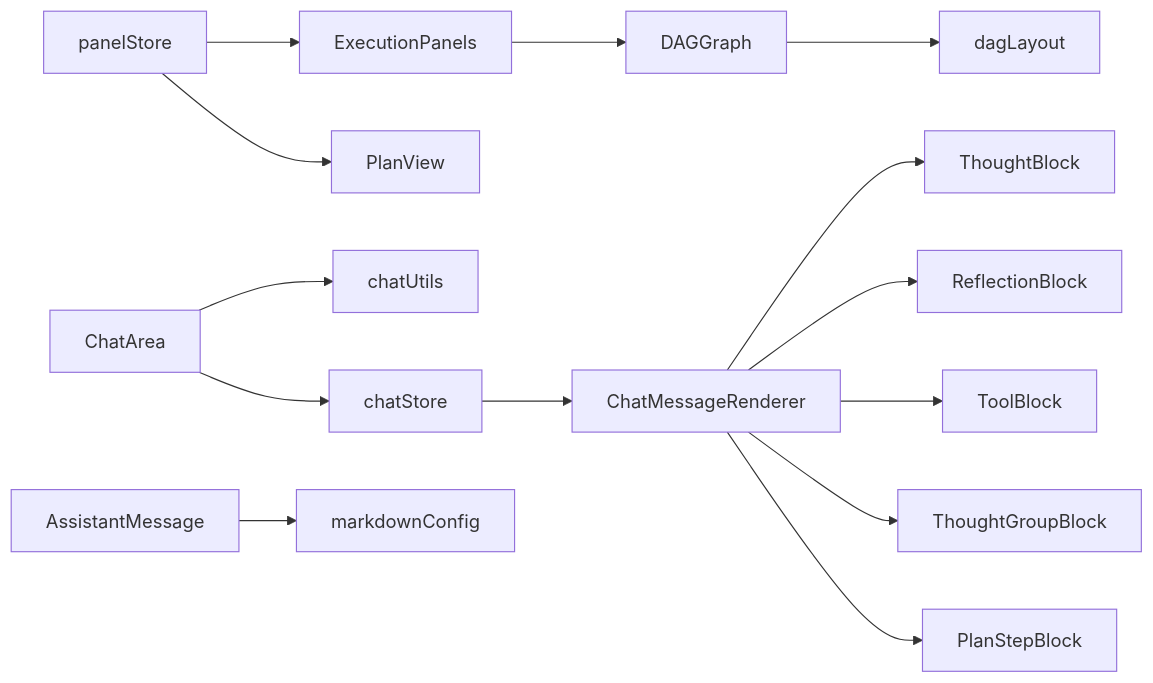
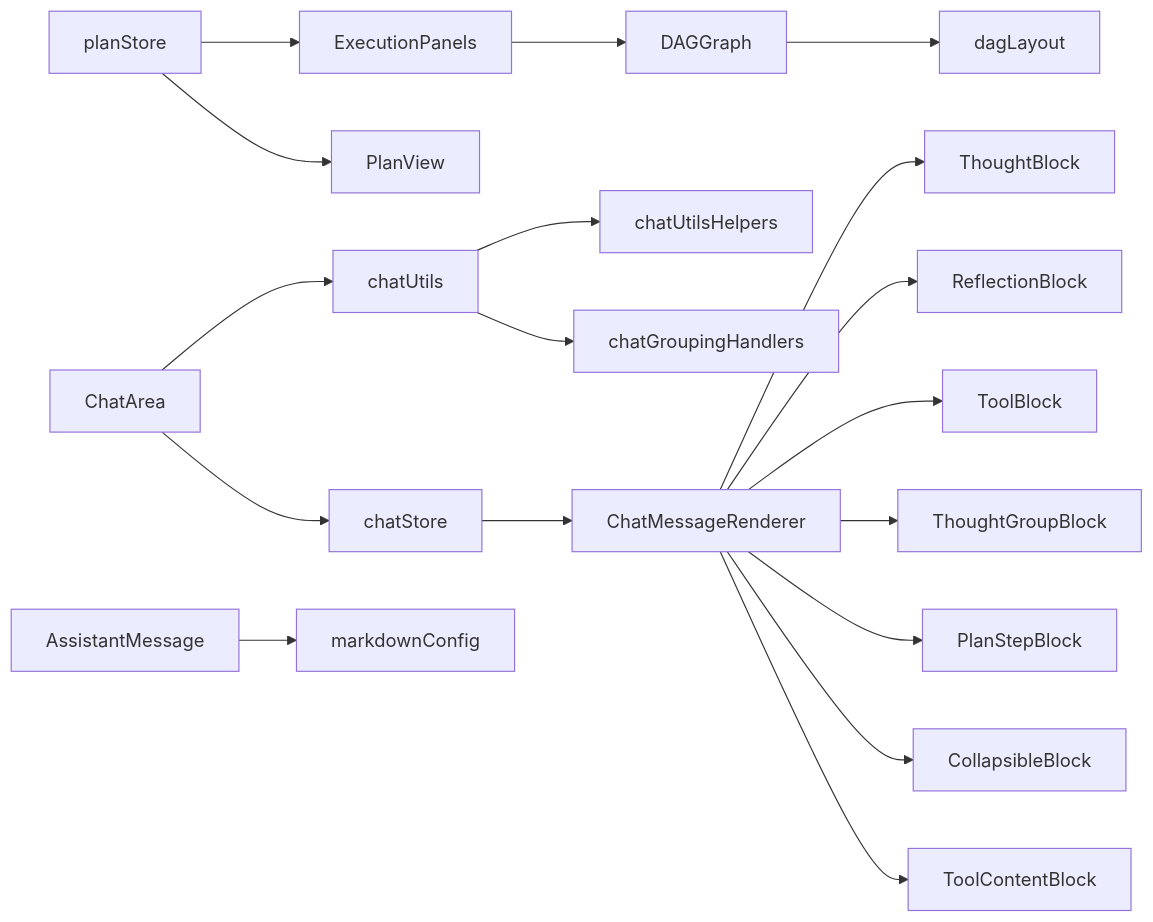
One commit to v0lka/c0wrk changed diagram 15 of 15 in .qoder/repowiki/en/content/Frontend Application/UI Components/Chat Interface Components.md. Above: the diagram before and after it, drawn with Mermaid. The commit also changed other lines of this file and 13 other files, not shown here.

````diff
--- a/.qoder/repowiki/en/content/Frontend Application/UI Components/Chat Interface Components.md
+++ b/.qoder/repowiki/en/content/Frontend Application/UI Components/Chat Interface Components.md
@@ -495,16 +684,20 @@
 ```mermaid
 graph LR
 CS["chatStore"] --> CMR["ChatMessageRenderer"]
-PS["panelStore"] --> EP["ExecutionPanels"]
+PS["planStore"] --> EP["ExecutionPanels"]
 PS --> PV["PlanView"]
 DG["DAGGraph"] --> DL["dagLayout"]
 AM["AssistantMessage"] --> MC["markdownConfig"]
 CA["ChatArea"] --> CU["chatUtils"]
 CA --> CS
 EP --> DG
 CMR --> THB["ThoughtBlock"]
 CMR --> RFB["ReflectionBlock"]
 CMR --> TB["ToolBlock"]
 CMR --> TGB["ThoughtGroupBlock"]
 CMR --> PSB["PlanStepBlock"]
+CMR --> CB["CollapsibleBlock"]
+CMR --> TCB["ToolContentBlock"]
+CU --> CUH["chatUtilsHelpers"]
+CU --> CGH["chatGroupingHandlers"]
 ```
````
